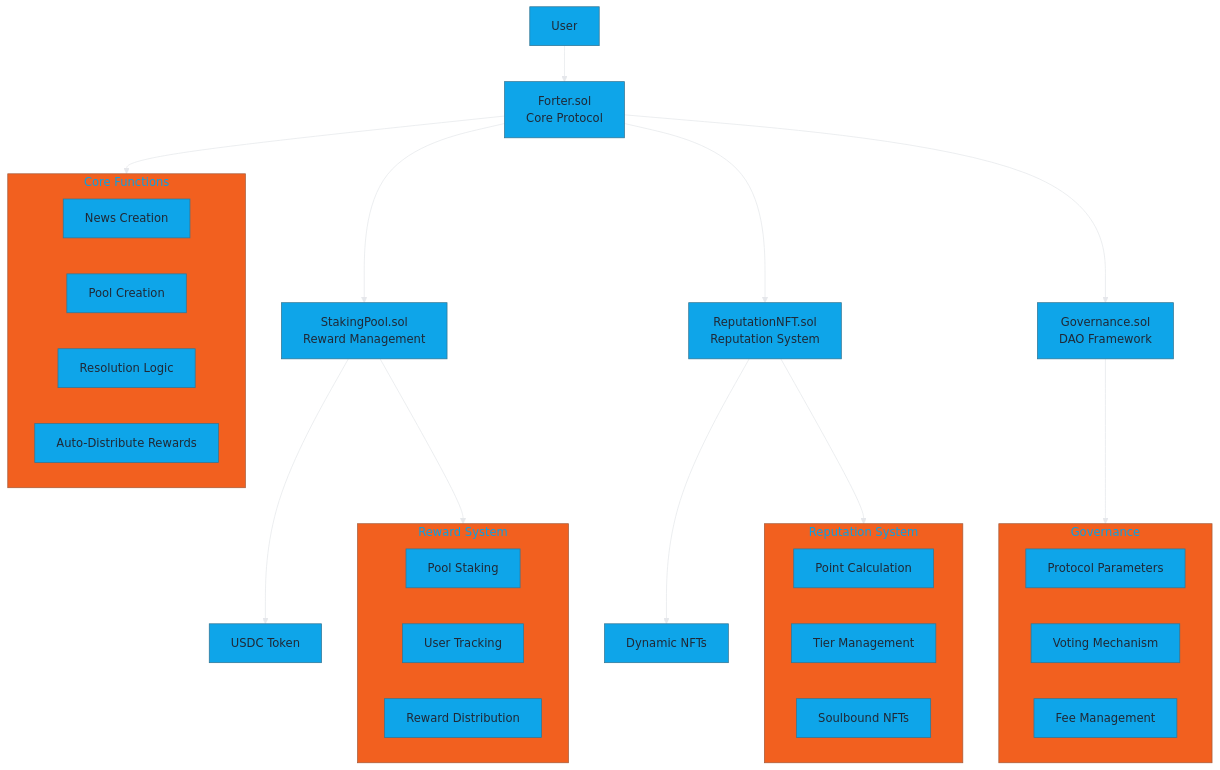
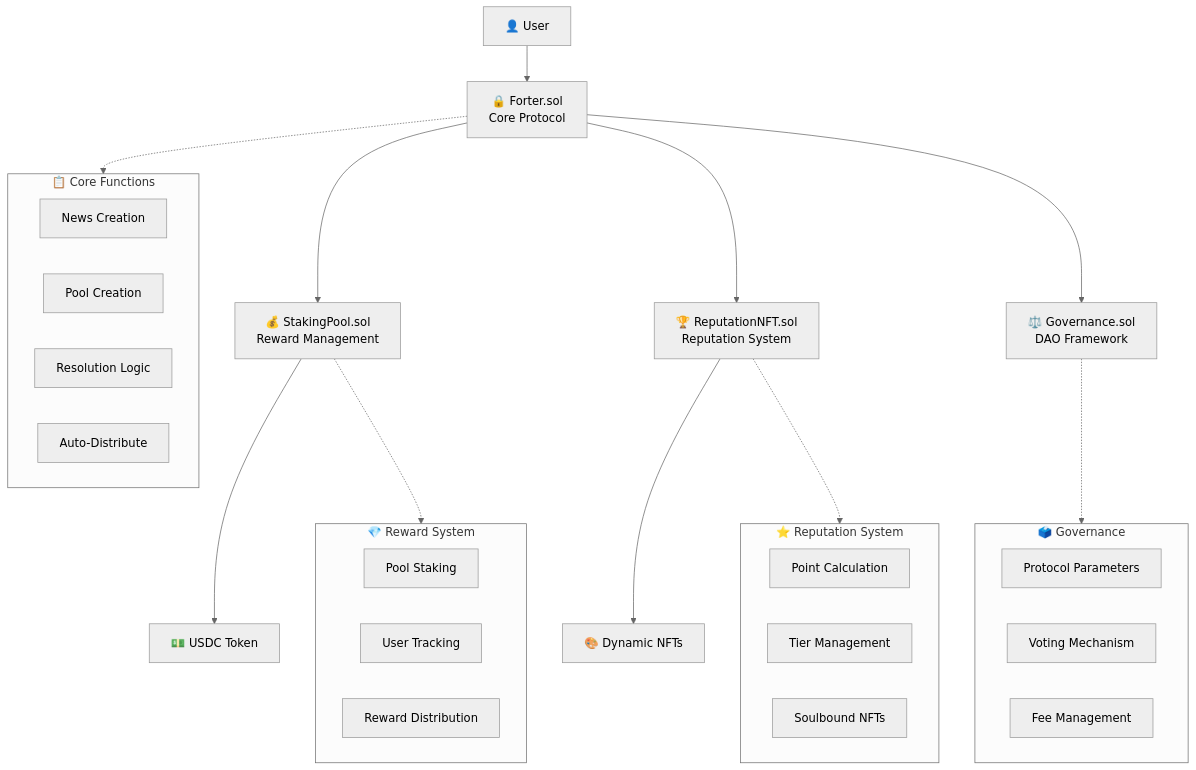
One commit to luthfidi/forter-news changed the first of 2 diagrams in README.MD. Above: the diagram before and after it, drawn with Mermaid. The commit also changed other lines of this file, not shown here.

Commit message:
clean mermaid

````diff
--- a/README.MD
+++ b/README.MD
@@ -194,41 +194,41 @@
 ```mermaid
-%%{init: {'theme': 'base', 'themeVariables': { 'primaryColor': '#0EA5E9', 'primaryTextColor': '#1F2937', 'lineColor': '#E5E7EB'}}}%%
+%%{init: {'theme': 'neutral'}}%%
 graph TB
-    User[User] --> Forter[Forter.sol<br/>Core Protocol]
-    Forter --> StakingPool[StakingPool.sol<br/>Reward Management]
-    Forter --> ReputationNFT[ReputationNFT.sol<br/>Reputation System]
-    Forter --> Governance[Governance.sol<br/>DAO Framework]
+    User[👤 User] --> Forter[🔒 Forter.sol<br/>Core Protocol]
+    Forter --> StakingPool[💰 StakingPool.sol<br/>Reward Management]
+    Forter --> ReputationNFT[🏆 ReputationNFT.sol<br/>Reputation System]
+    Forter --> Governance[⚖️ Governance.sol<br/>DAO Framework]
 
-    StakingPool --> USDC[USDC Token]
-    ReputationNFT --> NFTs[Dynamic NFTs]
+    StakingPool --> USDC[💵 USDC Token]
+    ReputationNFT --> NFTs[🎨 Dynamic NFTs]
 
-    subgraph CoreFunctions [Core Functions]
+    subgraph CoreFunctions ["📋 Core Functions"]
         NewsCreation[News Creation]
         PoolCreation[Pool Creation]
         ResolutionLogic[Resolution Logic]
-        AutoDistribute[Auto-Distribute Rewards]
+        AutoDistribute[Auto-Distribute]
     end
 
-    subgraph RewardSystem [Reward System]
+    subgraph RewardSystem ["💎 Reward System"]
         PoolStaking[Pool Staking]
         UserTracking[User Tracking]
         RewardDistribution[Reward Distribution]
     end
 
-    subgraph ReputationSystem [Reputation System]
+    subgraph ReputationSystem ["⭐ Reputation System"]
         PointCalculation[Point Calculation]
         TierManagement[Tier Management]
         SoulboundNFTs[Soulbound NFTs]
     end
 
-    subgraph GovernanceSystem [Governance]
+    subgraph GovernanceSystem ["🗳️ Governance"]
         ProtocolParams[Protocol Parameters]
         VotingMechanism[Voting Mechanism]
         FeeManagement[Fee Management]
     end
 
-    Forter --> CoreFunctions
-    StakingPool --> RewardSystem
-    ReputationNFT --> ReputationSystem
-    Governance --> GovernanceSystem
+    Forter -.-> CoreFunctions
+    StakingPool -.-> RewardSystem
+    ReputationNFT -.-> ReputationSystem
+    Governance -.-> GovernanceSystem
 ```
````
